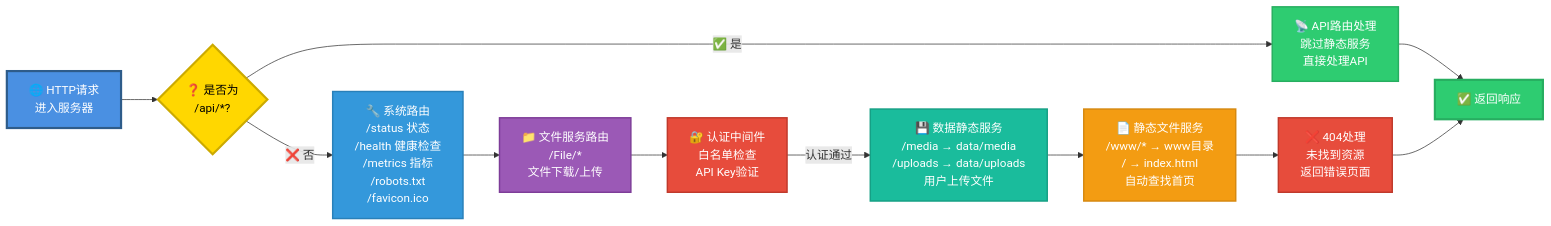
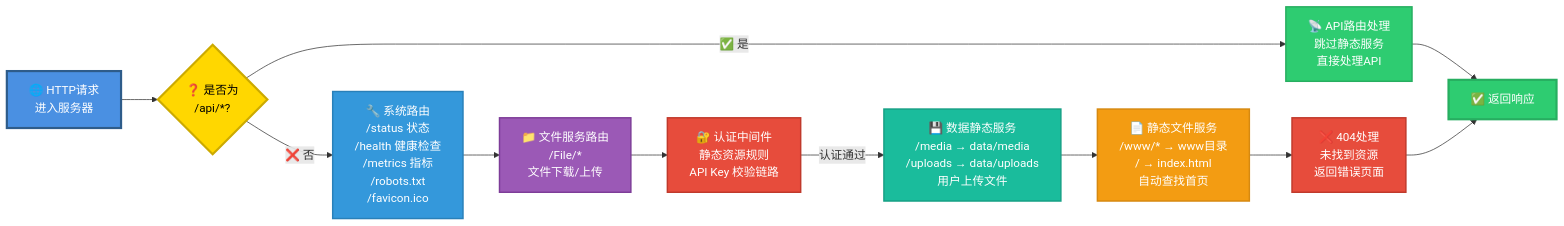
One commit to sunflowermm/XRK-AGT changed diagram 11 of 13 in docs/server.md. Above: the diagram before and after it, drawn with Mermaid. The commit also changed other lines of this file and 9 other files, not shown here.

````diff
--- a/docs/server.md
+++ b/docs/server.md
@@ -601,32 +601,32 @@
 ```mermaid
 flowchart LR
     Request["🌐 HTTP请求<br/>进入服务器"] --> CheckAPI{"❓ 是否为<br/>/api/*?"}
     
     CheckAPI -->|"✅ 是"| APIRoute["📡 API路由处理<br/>跳过静态服务<br/>直接处理API"]
     
     CheckAPI -->|"❌ 否"| SystemRoute["🔧 系统路由<br/>/status 状态<br/>/health 健康检查<br/>/metrics 指标<br/>/robots.txt<br/>/favicon.ico"]
     
     SystemRoute --> FileRoute["📁 文件服务路由<br/>/File/*<br/>文件下载/上传"]
     
-    FileRoute --> Auth["🔐 认证中间件<br/>白名单检查<br/>API Key验证"]
+    FileRoute --> Auth["🔐 认证中间件<br/>静态资源规则<br/>API Key 校验链路"]
     
     Auth -->|"认证通过"| DataStatic["💾 数据静态服务<br/>/media → data/media<br/>/uploads → data/uploads<br/>用户上传文件"]
     
     DataStatic --> Static["📄 静态文件服务<br/>/www/* → www目录<br/>/ → index.html<br/>自动查找首页"]
     
     Static --> NotFound["❌ 404处理<br/>未找到资源<br/>返回错误页面"]
     
     APIRoute --> Response["✅ 返回响应"]
     NotFound --> Response
     
     style Request fill:#4A90E2,stroke:#2E5C8A,stroke-width:3px,color:#fff
     style CheckAPI fill:#FFD700,stroke:#CCAA00,stroke-width:3px,color:#000
     style APIRoute fill:#2ECC71,stroke:#27AE60,stroke-width:2px,color:#fff
     style SystemRoute fill:#3498DB,stroke:#2980B9,stroke-width:2px,color:#fff
     style FileRoute fill:#9B59B6,stroke:#7D3C98,stroke-width:2px,color:#fff
     style Auth fill:#E74C3C,stroke:#C0392B,stroke-width:2px,color:#fff
     style DataStatic fill:#1ABC9C,stroke:#16A085,stroke-width:2px,color:#fff
     style Static fill:#F39C12,stroke:#D68910,stroke-width:2px,color:#fff
     style NotFound fill:#E74C3C,stroke:#C0392B,stroke-width:2px,color:#fff
     style Response fill:#2ECC71,stroke:#27AE60,stroke-width:3px,color:#fff
 ```
````
